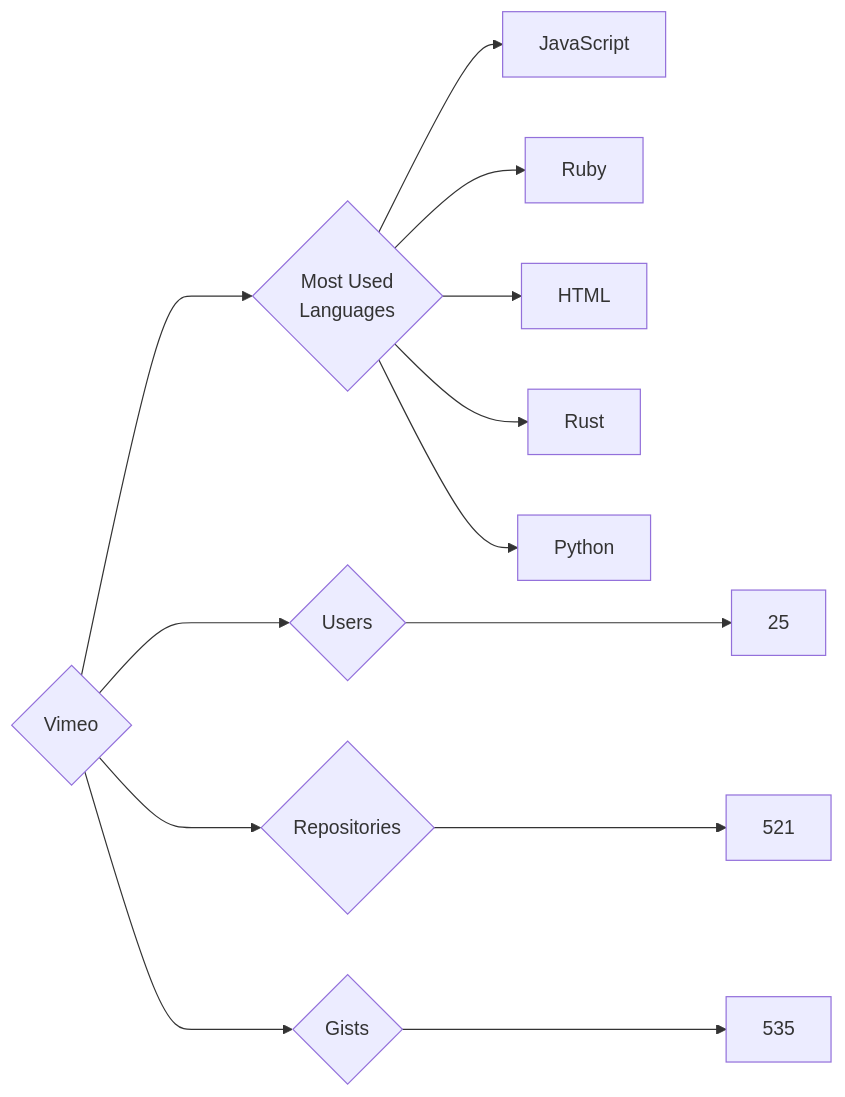
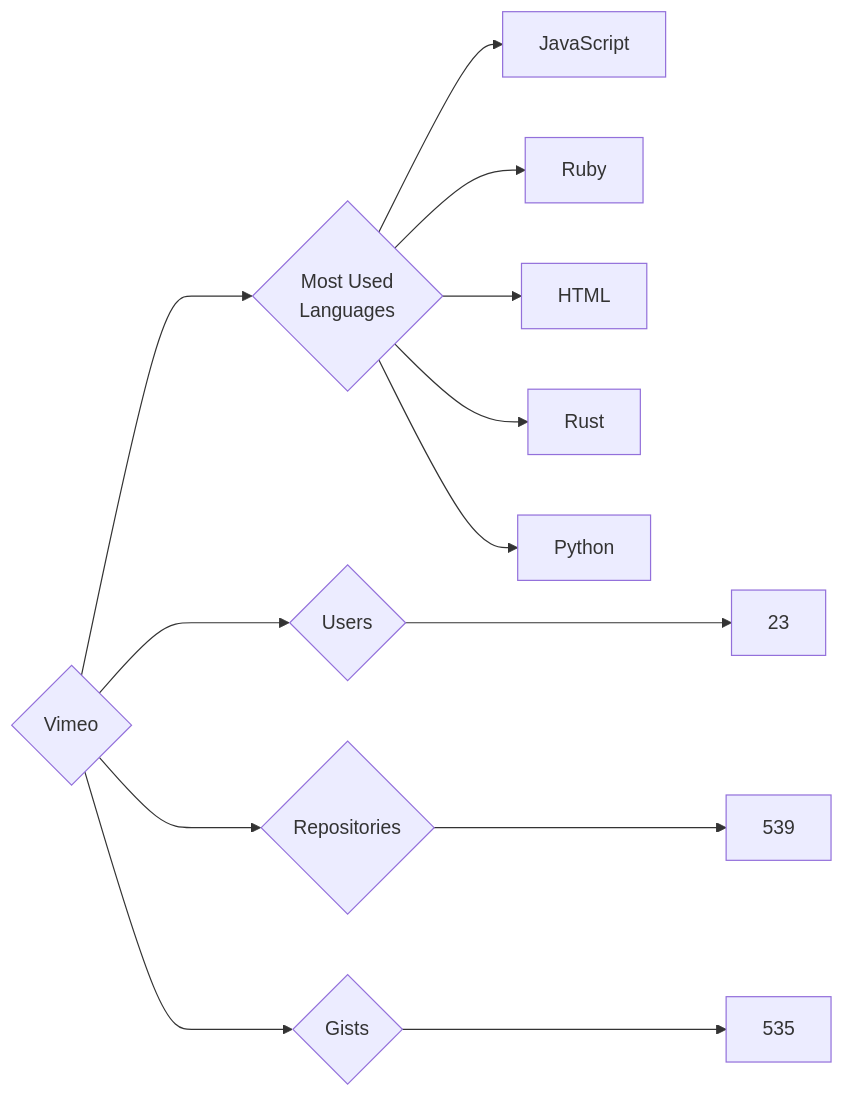
One commit to trickest/insiders changed the diagram in targets/Vimeo/README.md. Above: the diagram before and after it, drawn with Mermaid. The commit also changed 1248 other files, not shown here.

````diff
--- a/targets/Vimeo/README.md
+++ b/targets/Vimeo/README.md
@@ -3,13 +3,13 @@
 ```mermaid
 graph LR
 COMPANY_NAME{Vimeo}
-COMPANY_NAME ---> U{Users} ---> UN[25]
-COMPANY_NAME ---> R{Repositories} ---> RN[521]
+COMPANY_NAME ---> U{Users} ---> UN[23]
+COMPANY_NAME ---> R{Repositories} ---> RN[539]
 COMPANY_NAME ---> G{Gists} ---> GN[535]
 COMPANY_NAME ---> ML{Most Used<br>Languages}
 ML --> JavaScript[JavaScript]
 ML --> Ruby[Ruby]
 ML --> HTML[HTML]
 ML --> Rust[Rust]
 ML --> Python[Python]
 ```
````
